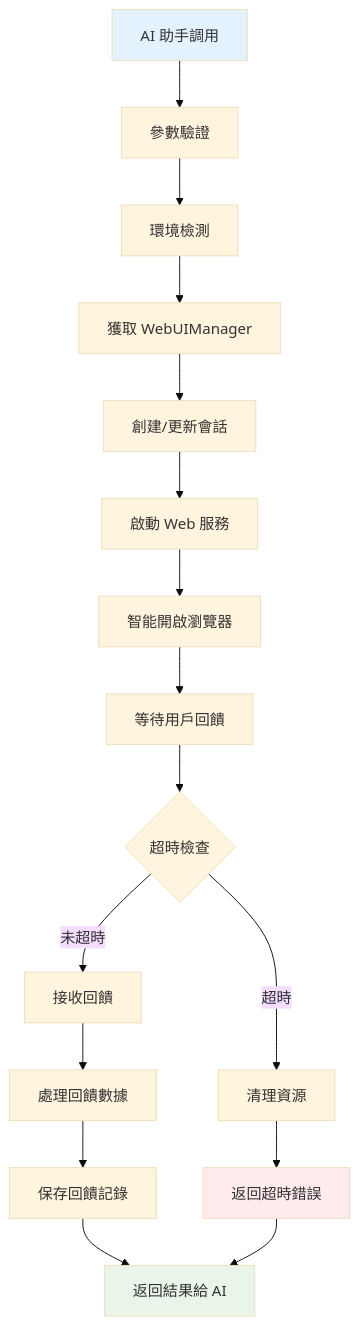
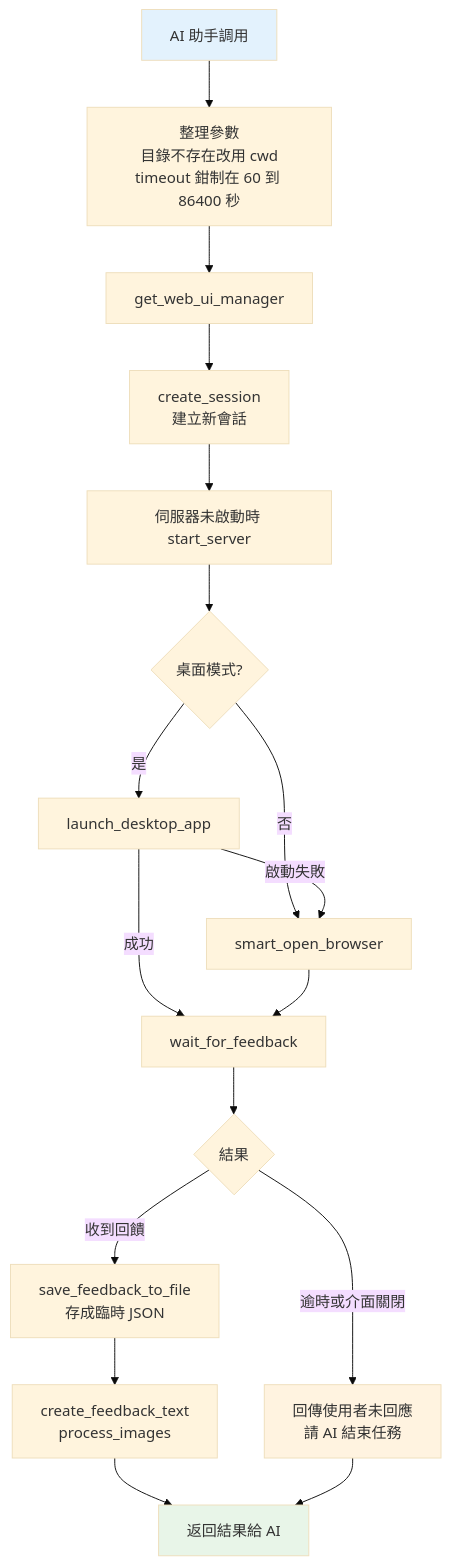
One commit to CloudEngineHub/mcp-feedback-enhanced changed the second of 12 diagrams in docs/architecture/component-details.md. Above: the diagram before and after it, drawn with Mermaid (base theme). The commit also changed other lines of this file, not shown here.

````diff
--- a/docs/architecture/component-details.md
+++ b/docs/architecture/component-details.md
@@ -147,22 +143,23 @@
 ```mermaid
 flowchart TD
-    START[AI 助手調用] --> VALIDATE[參數驗證]
-    VALIDATE --> ENV[環境檢測]
-    ENV --> MANAGER[獲取 WebUIManager]
-    MANAGER --> SESSION[創建/更新會話]
-    SESSION --> LAUNCH[啟動 Web 服務]
-    LAUNCH --> BROWSER[智能開啟瀏覽器]
-    BROWSER --> WAIT[等待用戶回饋]
-    WAIT --> TIMEOUT{超時檢查}
-    TIMEOUT -->|未超時| FEEDBACK[接收回饋]
-    TIMEOUT -->|超時| CLEANUP[清理資源]
-    FEEDBACK --> PROCESS[處理回饋數據]
-    PROCESS --> SAVE[保存回饋記錄]
-    SAVE --> RETURN[返回結果給 AI]
-    CLEANUP --> ERROR[返回超時錯誤]
-    ERROR --> RETURN
+    START[AI 助手調用] --> VALIDATE[整理參數<br/>目錄不存在改用 cwd<br/>timeout 鉗制在 60 到 86400 秒]
+    VALIDATE --> MANAGER[get_web_ui_manager]
+    MANAGER --> SESSION[create_session<br/>建立新會話]
+    SESSION --> LAUNCH[伺服器未啟動時 start_server]
+    LAUNCH --> MODE{桌面模式?}
+    MODE -->|是| DESKTOP[launch_desktop_app]
+    MODE -->|否| BROWSER[smart_open_browser]
+    DESKTOP -->|啟動失敗| BROWSER
+    DESKTOP -->|成功| WAIT[wait_for_feedback]
+    BROWSER --> WAIT
+    WAIT --> RESULT{結果}
+    RESULT -->|收到回饋| SAVE[save_feedback_to_file<br/>存成臨時 JSON]
+    RESULT -->|逾時或介面關閉| NORESP[回傳使用者未回應<br/>請 AI 結束任務]
+    SAVE --> PROCESS[create_feedback_text<br/>process_images]
+    PROCESS --> RETURN[返回結果給 AI]
+    NORESP --> RETURN
 
     style START fill:#e3f2fd
     style RETURN fill:#e8f5e8
-    style ERROR fill:#ffebee
+    style NORESP fill:#fff3e0
 ```
````
